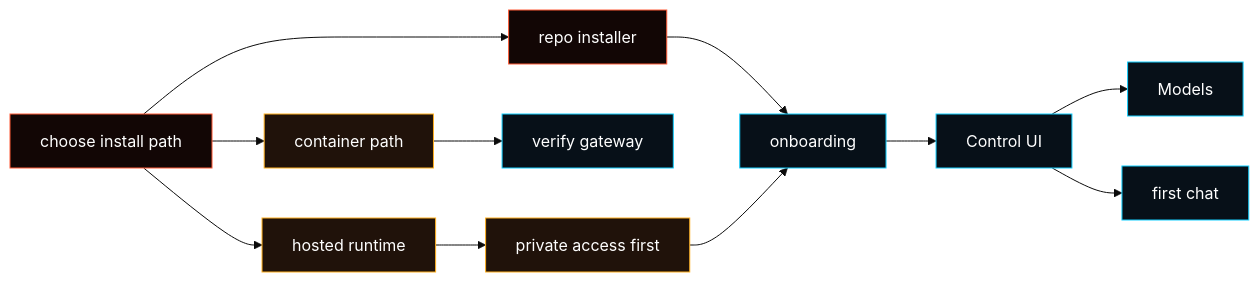
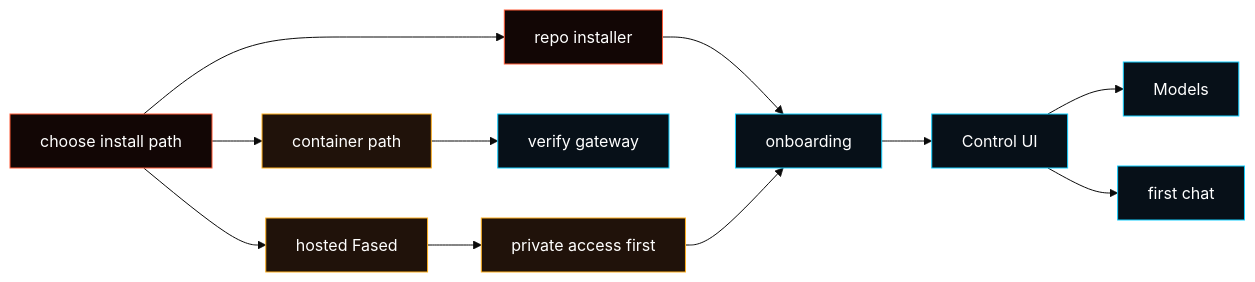
Before and after one commit to fased-ai/fased: the diagram in docs/install/index.md, drawn with Mermaid (base theme). The commit also changed other lines of this file and 26 other files, not shown here.

````diff
--- a/docs/install/index.md
+++ b/docs/install/index.md
@@ -16,20 +16,20 @@
 ```mermaid
 flowchart LR
   choose["choose install path"] --> repo["repo installer"]
   choose --> container["container path"]
-  choose --> host["hosted runtime"]
+  choose --> host["hosted Fased"]
   repo --> onboard["onboarding"]
   container --> verify["verify gateway"]
   host --> private["private access first"]
   private --> onboard
   onboard --> ui["Control UI"]
   ui --> models["Models"]
   ui --> chat["first chat"]
 
   classDef root fill:#120605,stroke:#ff5a36,color:#ffffff;
   classDef run fill:#071018,stroke:#12cfff,color:#ffffff;
   classDef host fill:#20120a,stroke:#ffb020,color:#ffffff;
   class choose,repo root;
   class onboard,ui,models,chat,verify run;
   class container,host,private host;
 ```
````
